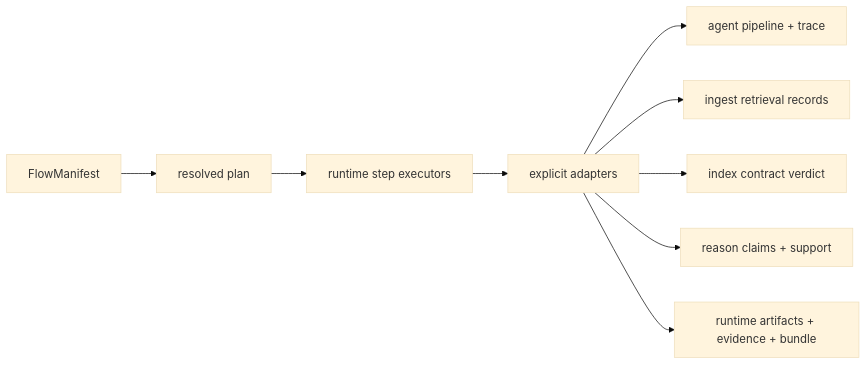
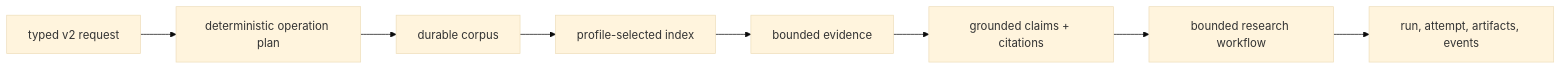
One commit to bijux/bijux-canon changed the second of 2 diagrams in packages/bijux-canon-runtime/README.md. Above: the diagram before and after it, drawn with Mermaid (base theme). The commit also changed other lines of this file and 9 other files, not shown here.

Commit message:
feat(runtime): expose operator workflow commands

````diff
--- a/packages/bijux-canon-runtime/README.md
+++ b/packages/bijux-canon-runtime/README.md
@@ -120,11 +120,10 @@
 ```mermaid
 flowchart LR
-    manifest["FlowManifest"] --> plan["resolved plan"]
-    plan --> runtime["runtime step executors"]
-    runtime --> adapters["explicit adapters"]
-    adapters --> agent["agent pipeline + trace"]
-    adapters --> ingest["ingest retrieval records"]
-    adapters --> index["index contract verdict"]
-    adapters --> reason["reason claims + support"]
-    adapters --> records["runtime artifacts + evidence + bundle"]
+    request["typed v2 request"] --> plan["deterministic operation plan"]
+    plan --> ingest["durable corpus"]
+    ingest --> index["profile-selected index"]
+    index --> retrieval["bounded evidence"]
+    retrieval --> reason["grounded claims + citations"]
+    reason --> agent["bounded research workflow"]
+    agent --> records["run, attempt, artifacts, events"]
 ```
````
